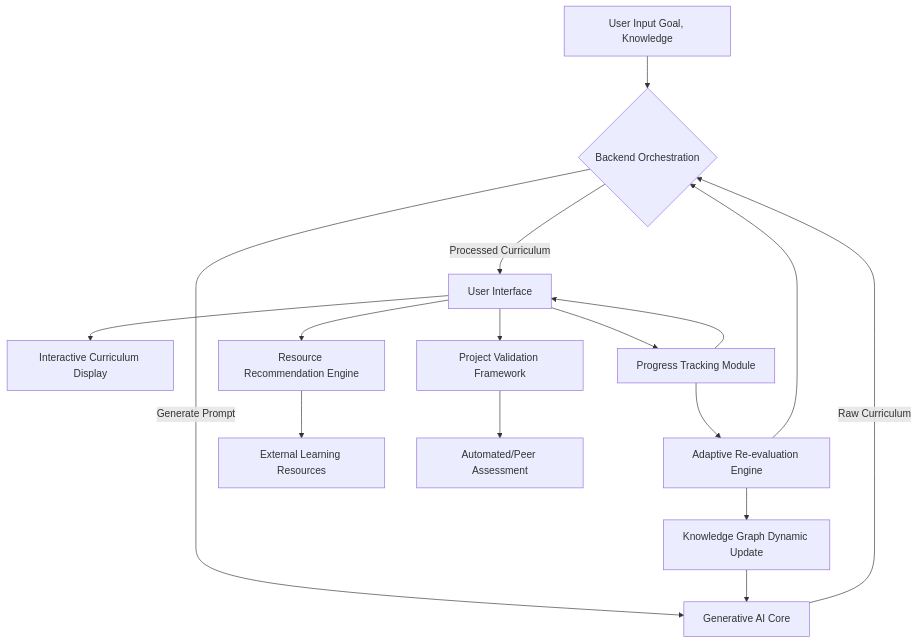
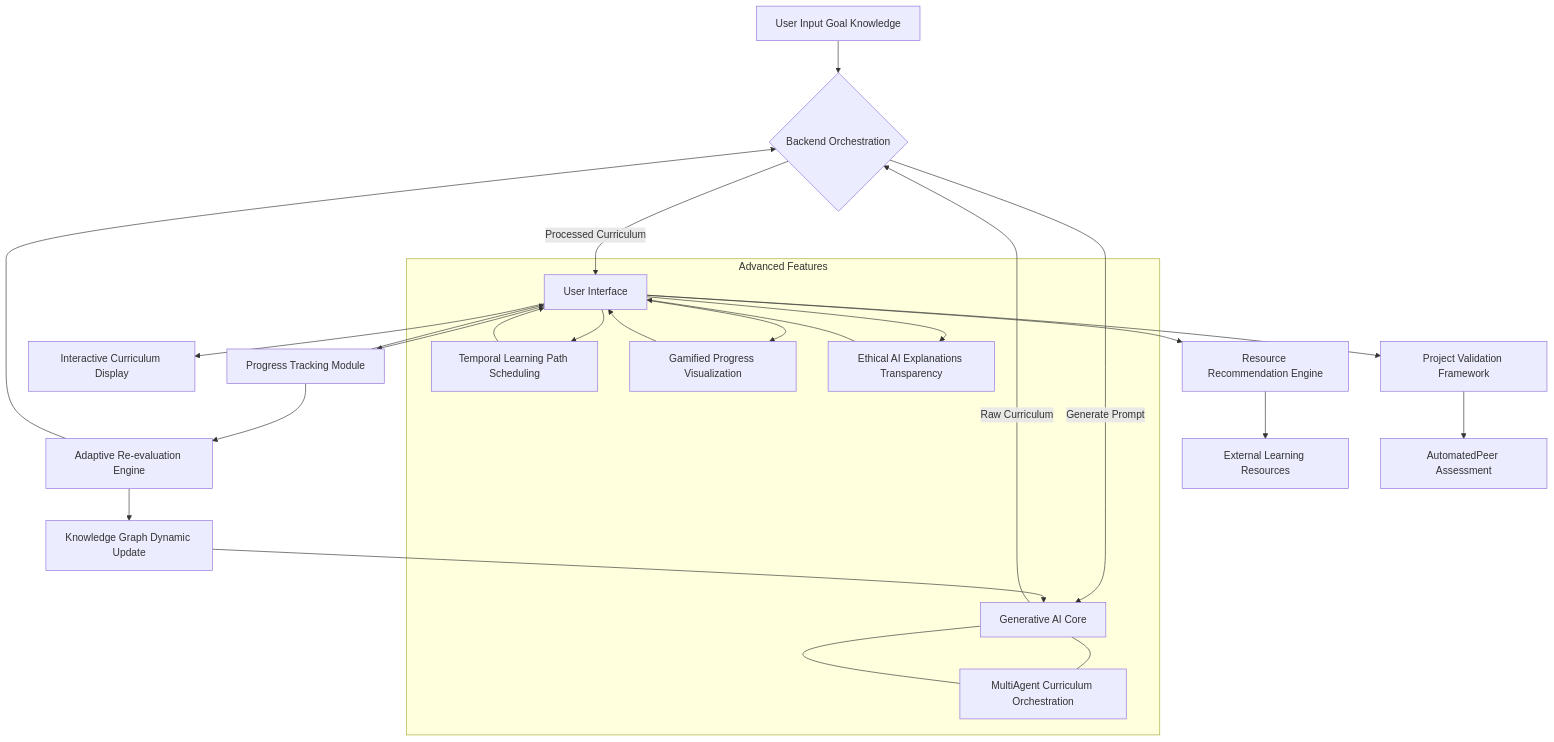
One commit to diplomat-bit/Citibank_Demo_Business_Inc_Demonstration- changed the third of 4 diagrams in inventions/028_ai_personalized_education_path.md. Above: the diagram before and after it, drawn with Mermaid. The commit also changed other lines of this file, not shown here.

Commit message:
[AI] Edit: inventions/028_ai_personalized_education_path.md

````diff
--- a/inventions/028_ai_personalized_education_path.md
+++ b/inventions/028_ai_personalized_education_path.md
@@ -150,18 +217,29 @@
 ```mermaid
 graph TD
-    A[User Input Goal, Knowledge] --> B{Backend Orchestration};
+    A[User Input Goal Knowledge] --> B{Backend Orchestration};
     B -- Generate Prompt --> C[Generative AI Core];
     C -- Raw Curriculum --> B;
     B -- Processed Curriculum --> D[User Interface];
     D --> E[Interactive Curriculum Display];
     D --> F[Resource Recommendation Engine];
     D --> G[Project Validation Framework];
     D --> H[Progress Tracking Module];
     H --> I[Adaptive Re-evaluation Engine];
     I --> J[Knowledge Graph Dynamic Update];
     J --> C;
     F --> K[External Learning Resources];
-    G --> L[Automated/Peer Assessment];
+    G --> L[AutomatedPeer Assessment];
     H --> D;
     I --> B;
+
+    subgraph Advanced Features
+        D --> M[Temporal Learning Path Scheduling];
+        M --> D;
+        D --> N[Gamified Progress Visualization];
+        N --> D;
+        D --> O[Ethical AI Explanations Transparency];
+        O --> D;
+        C --- P[MultiAgent Curriculum Orchestration];
+        P --- C;
+    end
 ```
````
